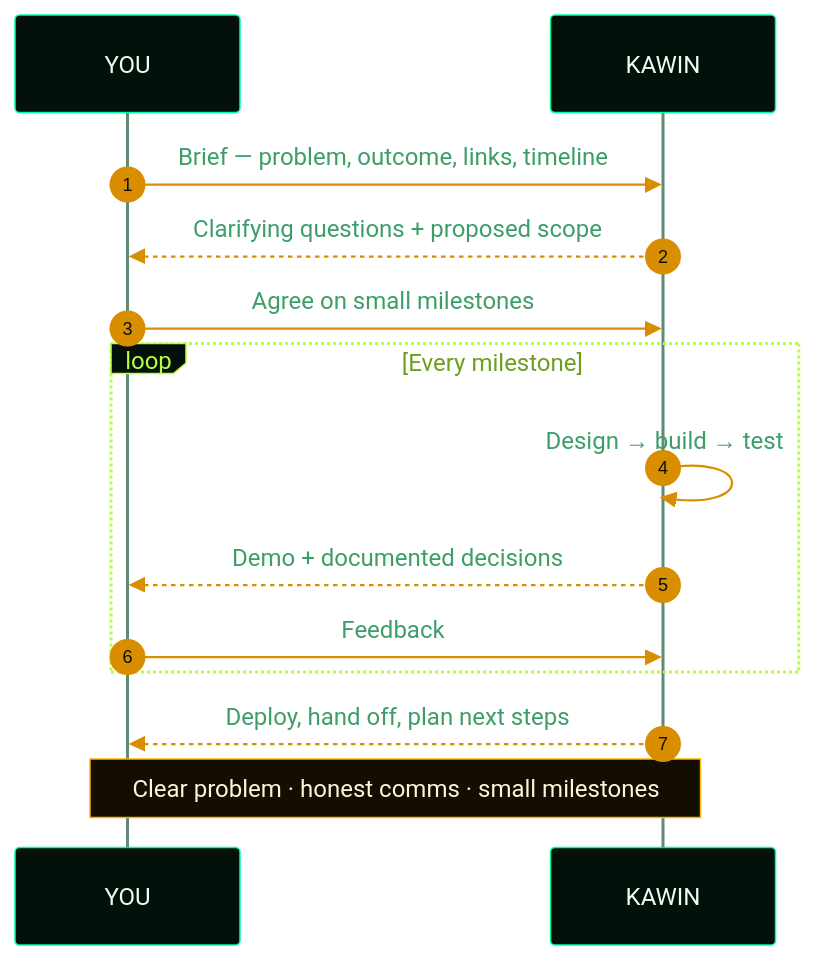
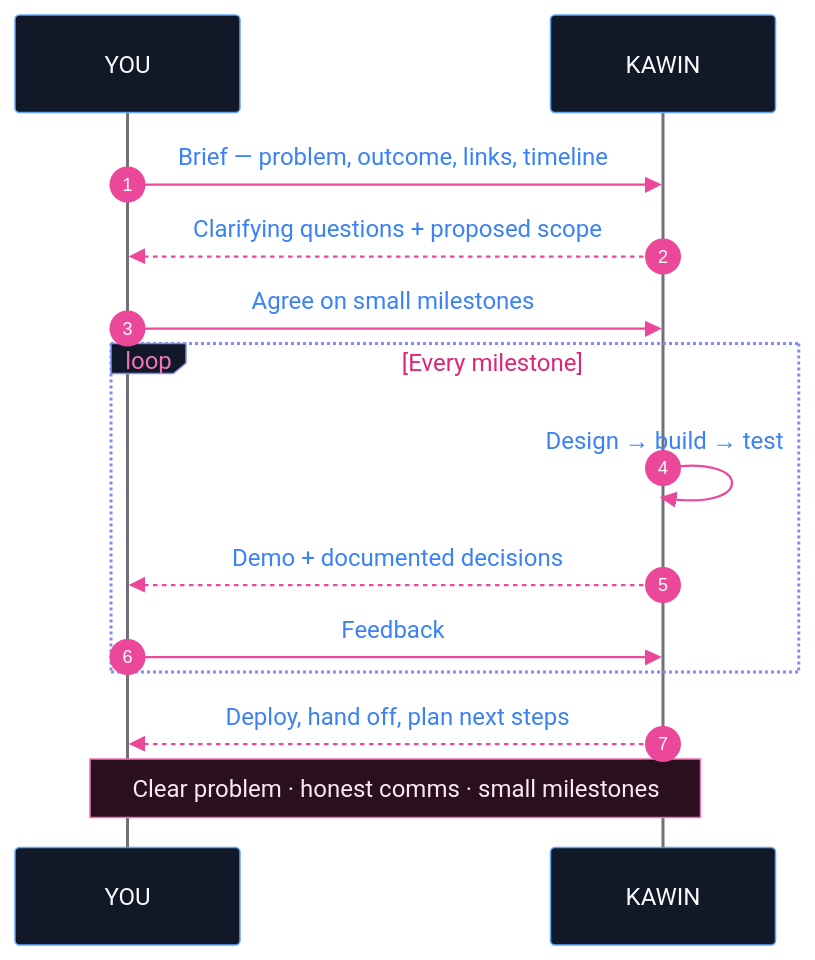
The third of 3 diagrams in README.md (kawincodes/kawincodes), drawn with Mermaid before and after one commit. The commit also changed other lines of this file and 15 other files, not shown here.

````diff
--- a/README.md
+++ b/README.md
@@ -491,17 +495,17 @@
 ```mermaid
-%%{init: {'theme':'base', 'themeVariables': {'actorBkg':'#04110B', 'actorBorder':'#00FF9C', 'actorTextColor':'#E8FFF3', 'actorLineColor':'#5E8C74', 'signalColor':'#D98E00', 'signalTextColor':'#3E9E6A', 'labelBoxBkgColor':'#04110B', 'labelBoxBorderColor':'#B6FF3B', 'labelTextColor':'#B6FF3B', 'loopTextColor':'#6E9E1E', 'noteBkgColor':'#140E02', 'noteBorderColor':'#FFB000', 'noteTextColor':'#FFF4D6', 'activationBkgColor':'#0B1404', 'activationBorderColor':'#B6FF3B', 'sequenceNumberColor':'#0A0F0B'}}}%%
+%%{init: {'theme':'base', 'themeVariables': {'actorBkg':'#111827', 'actorBorder':'#60A5FA', 'actorTextColor':'#F8FAFC', 'actorLineColor':'#71717A', 'signalColor':'#EC4899', 'signalTextColor':'#3B82F6', 'labelBoxBkgColor':'#111827', 'labelBoxBorderColor':'#818CF8', 'labelTextColor':'#F472B6', 'loopTextColor':'#DB2777', 'noteBkgColor':'#2A0F1F', 'noteBorderColor':'#F472B6', 'noteTextColor':'#FCE7F3', 'activationBkgColor':'#1E1B4B', 'activationBorderColor':'#818CF8', 'sequenceNumberColor':'#FFFFFF'}}}%%
 sequenceDiagram
     autonumber
     participant Y as YOU
     participant K as KAWIN
     Y->>K: Brief — problem, outcome, links, timeline
     K-->>Y: Clarifying questions + proposed scope
     Y->>K: Agree on small milestones
     loop Every milestone
         K->>K: Design → build → test
         K-->>Y: Demo + documented decisions
         Y->>K: Feedback
     end
     K-->>Y: Deploy, hand off, plan next steps
     Note over Y,K: Clear problem · honest comms · small milestones
 ```
````
